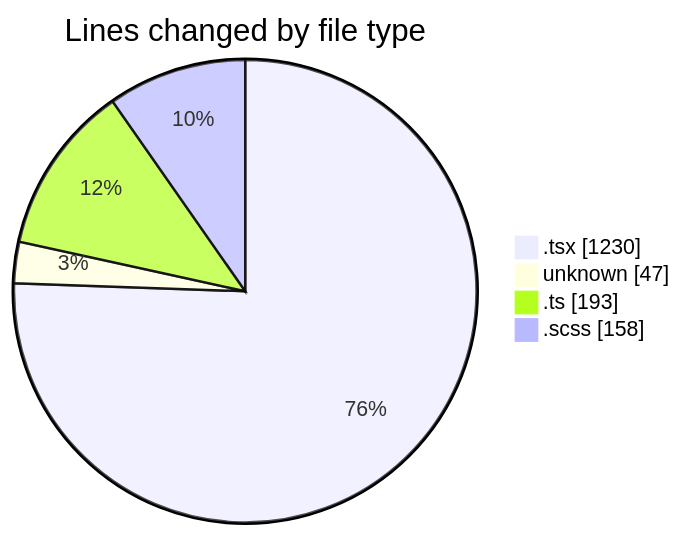
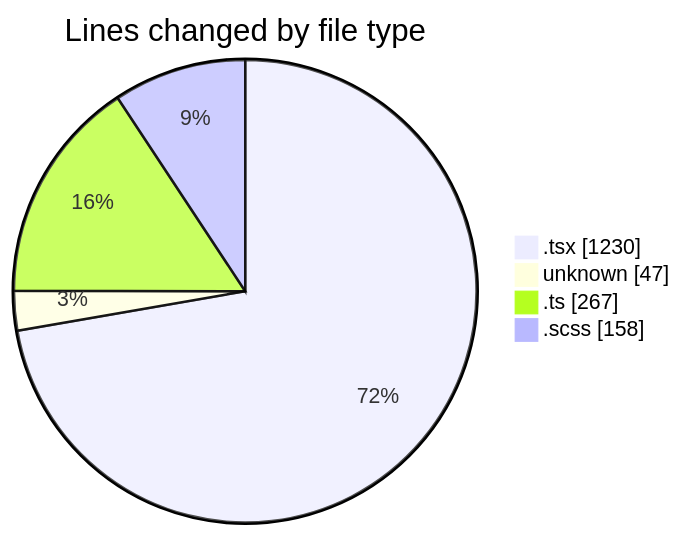
One commit to momahboobian/code-tracking changed the first of 2 diagrams in 2025-09-18/cda/README.md. Above: the diagram before and after it, drawn with Mermaid. The commit also changed other lines of this file and 1 other file, not shown here.

````diff
--- a/2025-09-18/cda/README.md
+++ b/2025-09-18/cda/README.md
@@ -25,8 +25,8 @@
 ```mermaid
 pie showData
 title Lines changed by file type
 ".tsx" : 1230
 "unknown" : 47
-".ts" : 193
+".ts" : 267
 ".scss" : 158
 ```
````
